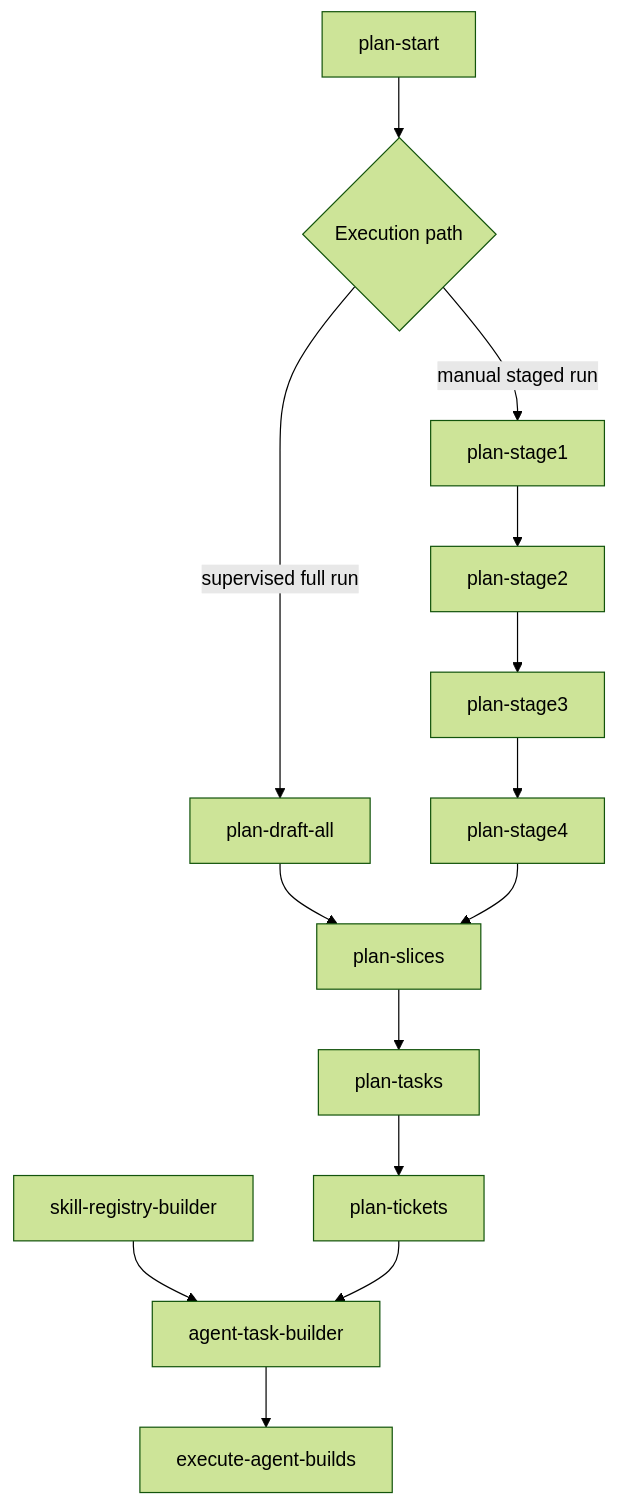
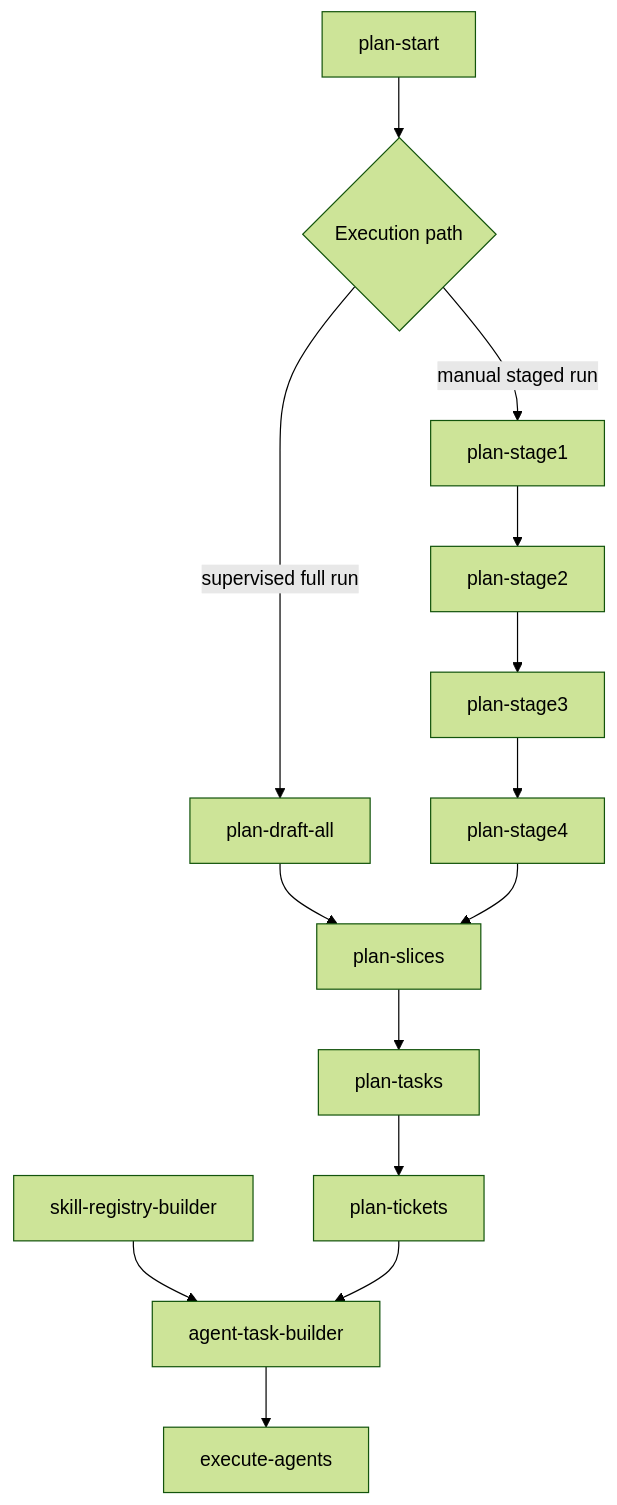
One commit to KGmufassa/AI_App_Boiler_Plate changed the first of 3 diagrams in system/references/markdown/command-activation-graph-draft.md. Above: the diagram before and after it, drawn with Mermaid (forest theme). The commit also changed other lines of this file and 40 other files, not shown here.

````diff
--- a/system/references/markdown/command-activation-graph-draft.md
+++ b/system/references/markdown/command-activation-graph-draft.md
@@ -7,22 +7,22 @@
 ```mermaid
 flowchart TD
     A[plan-start] --> B{Execution path}
 
     B -->|supervised full run| C[plan-draft-all]
     B -->|manual staged run| D[plan-stage1]
 
     D --> E[plan-stage2]
     E --> F[plan-stage3]
     F --> G[plan-stage4]
 
     C --> H[plan-slices]
     G --> H
 
     H --> I[plan-tasks]
     I --> J[plan-tickets]
 
     K[skill-registry-builder] --> L[agent-task-builder]
     J --> L
 
-    L --> M[execute-agent-builds]
+    L --> M[execute-agents]
 ```
````
